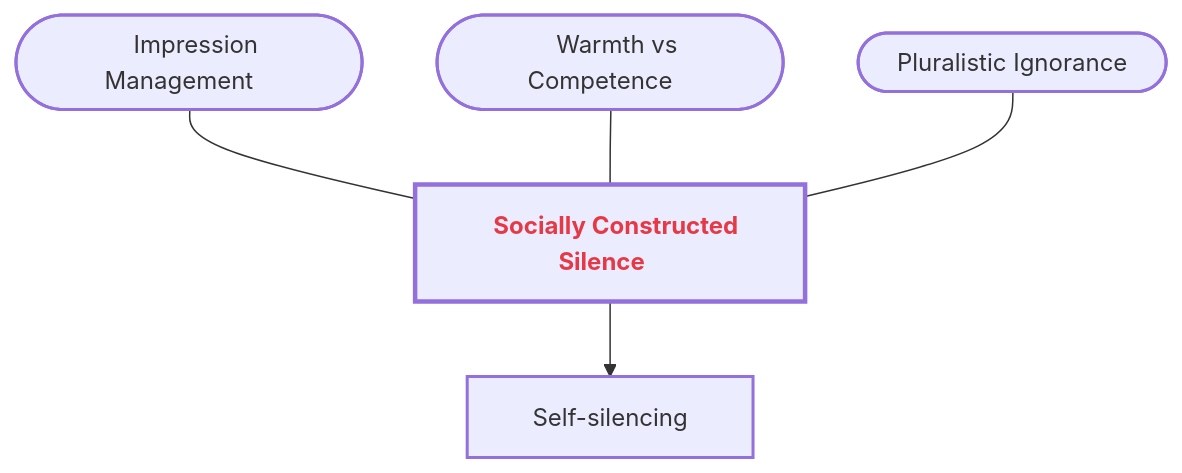
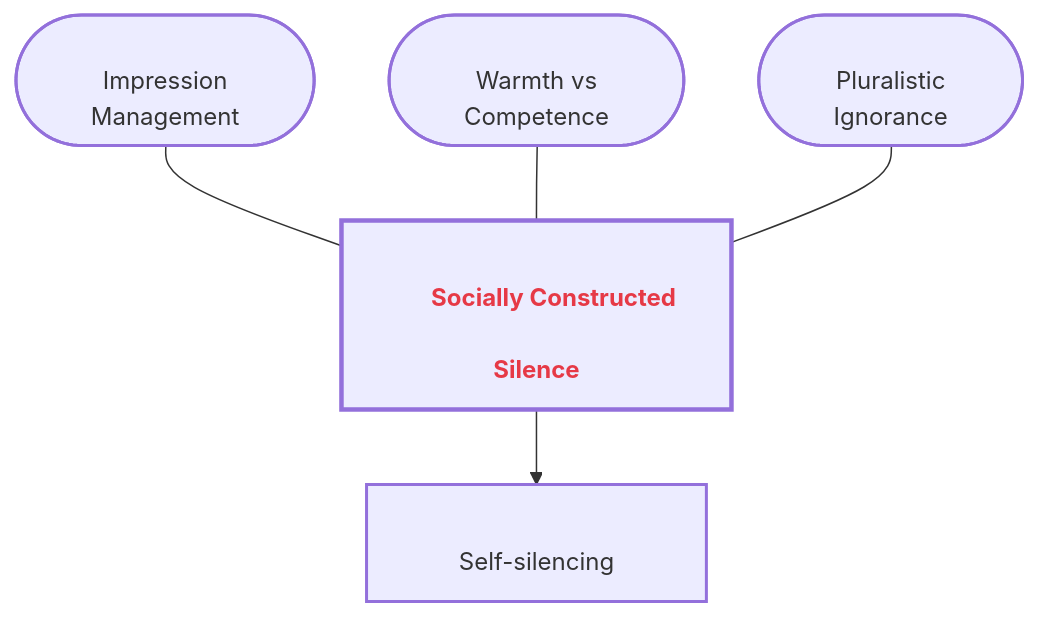
Before and after one commit to GM024/CourseSummaries: the third of 8 diagrams in Communication_Influence/Mastery_Guide_SOW_BS033.md, drawn with Mermaid. The commit also changed other lines of this file, not shown here.

Commit message:
GitHub-Hardened V2: 12px font and 10-space buffers for zero-clipping guarantee

````diff
--- a/Communication_Influence/Mastery_Guide_SOW_BS033.md
+++ b/Communication_Influence/Mastery_Guide_SOW_BS033.md
@@ -111,14 +111,14 @@
 ```mermaid
-%%{init: { 'flowchart': { 'padding': 20, 'useMaxWidth': false, 'htmlLabels': true }, 'theme': 'neutral', 'themeVariables': { 'fontSize': '14px', 'fontFamily': '-apple-system,BlinkMacSystemFont,"Segoe UI",Helvetica,Arial,sans-serif' }}}%%
+%%{init: { 'flowchart': { 'padding': 30, 'useMaxWidth': false, 'htmlLabels': true }, 'theme': 'neutral', 'themeVariables': { 'fontSize': '12px', 'fontFamily': '-apple-system,BlinkMacSystemFont,"Segoe UI",Helvetica,Arial,sans-serif' }}}%%
 graph TD
     classDef sandbox stroke-width:2px;
     classDef hub stroke-width:3px,font-weight:bold;
 
-    Hub["&nbsp;&nbsp; <span style='color:#e63946'><b>Socially Constructed Silence</b></span> &nbsp;&nbsp;"]:::hub
+    Hub["<br/>&nbsp;&nbsp;&nbsp;&nbsp;&nbsp;&nbsp; <span style='color:#e63946'><b>Socially Constructed</b></span> &nbsp;&nbsp;&nbsp;&nbsp;&nbsp;&nbsp;<br/>&nbsp;&nbsp;&nbsp;&nbsp;&nbsp;&nbsp; <span style='color:#e63946'><b>Silence</b></span> &nbsp;&nbsp;&nbsp;&nbsp;&nbsp;&nbsp;<br/>"]:::hub
     
-    S1(["&nbsp;&nbsp; Impression Management &nbsp;&nbsp;"]):::sandbox --- Hub
-    S2(["&nbsp;&nbsp; Warmth vs Competence &nbsp;&nbsp;"]):::sandbox --- Hub
-    S3(["&nbsp;&nbsp; Pluralistic Ignorance &nbsp;&nbsp;"]):::sandbox --- Hub
+    S1(["<br/>&nbsp;&nbsp;&nbsp;&nbsp;&nbsp;&nbsp; Impression &nbsp;&nbsp;&nbsp;&nbsp;&nbsp;&nbsp;<br/>&nbsp;&nbsp;&nbsp;&nbsp;&nbsp;&nbsp; Management &nbsp;&nbsp;&nbsp;&nbsp;&nbsp;&nbsp;<br/>"]):::sandbox --- Hub
+    S2(["<br/>&nbsp;&nbsp;&nbsp;&nbsp;&nbsp;&nbsp; Warmth vs &nbsp;&nbsp;&nbsp;&nbsp;&nbsp;&nbsp;<br/>&nbsp;&nbsp;&nbsp;&nbsp;&nbsp;&nbsp; Competence &nbsp;&nbsp;&nbsp;&nbsp;&nbsp;&nbsp;<br/>"]):::sandbox --- Hub
+    S3(["<br/>&nbsp;&nbsp;&nbsp;&nbsp;&nbsp;&nbsp; Pluralistic &nbsp;&nbsp;&nbsp;&nbsp;&nbsp;&nbsp;<br/>&nbsp;&nbsp;&nbsp;&nbsp;&nbsp;&nbsp; Ignorance &nbsp;&nbsp;&nbsp;&nbsp;&nbsp;&nbsp;<br/>"]):::sandbox --- Hub
     
-    Hub --> B1["&nbsp;&nbsp; Self-silencing &nbsp;&nbsp;"]:::sandbox
+    Hub --> B1["<br/>&nbsp;&nbsp;&nbsp;&nbsp;&nbsp;&nbsp; Self-silencing &nbsp;&nbsp;&nbsp;&nbsp;&nbsp;&nbsp;<br/>"]:::sandbox
 ```
````
